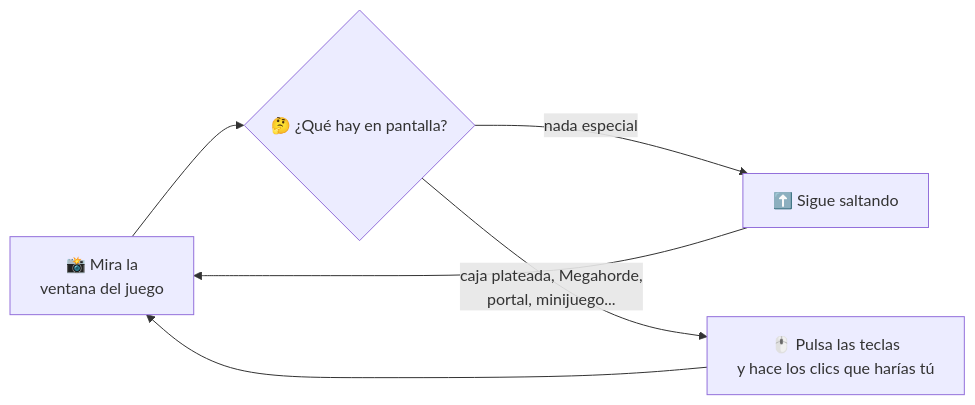
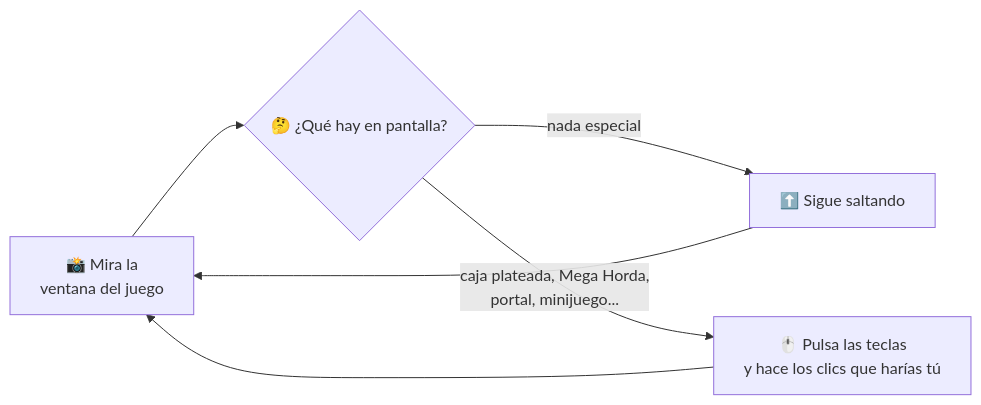
Before and after one commit to santiguti/idle-runner-linux: the diagram in README.es.md, drawn with Mermaid. The commit also changed other lines of this file and 39 other files, not shown here.

````diff
--- a/README.es.md
+++ b/README.es.md
@@ -171,8 +173,8 @@
 ```mermaid
 flowchart LR
     A["📸 Mira la<br/>ventana del juego"] --> B{"🤔 ¿Qué hay en pantalla?"}
     B -->|nada especial| C["⬆️ Sigue saltando"]
-    B -->|caja plateada, Megahorde,<br/>portal, minijuego...| D["🖱️ Pulsa las teclas<br/>y hace los clics que harías tú"]
+    B -->|caja plateada, Mega Horda,<br/>portal, minijuego...| D["🖱️ Pulsa las teclas<br/>y hace los clics que harías tú"]
     C --> A
     D --> A
 ```
````
